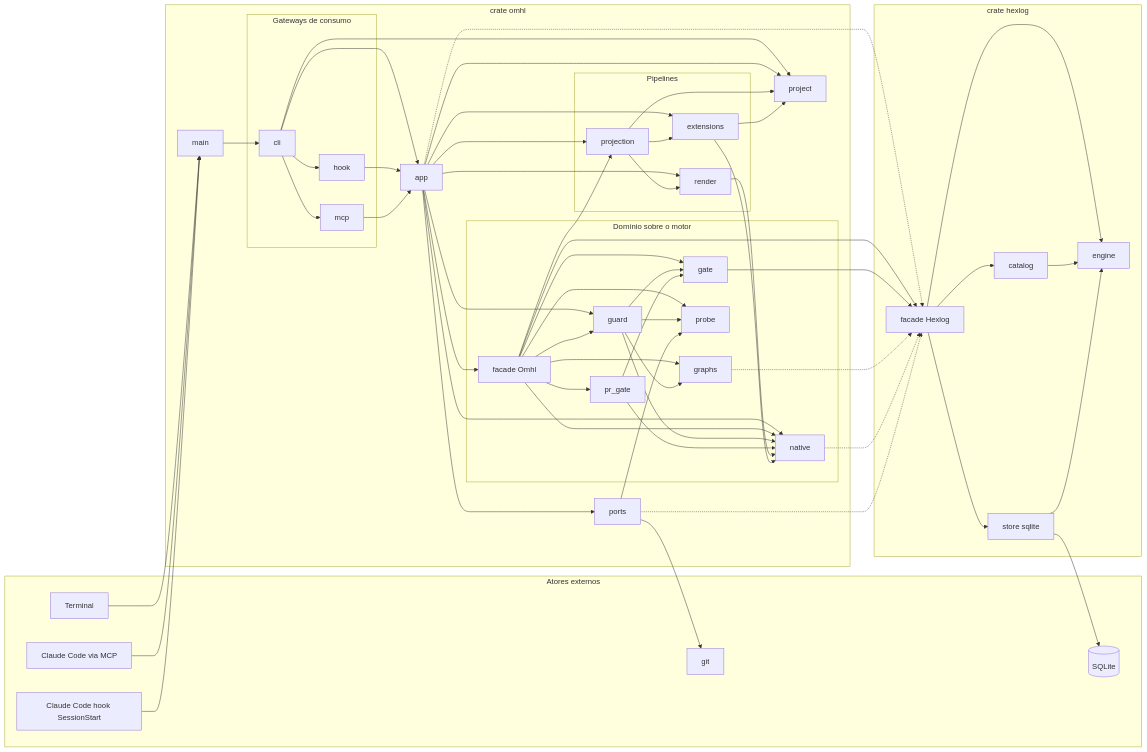
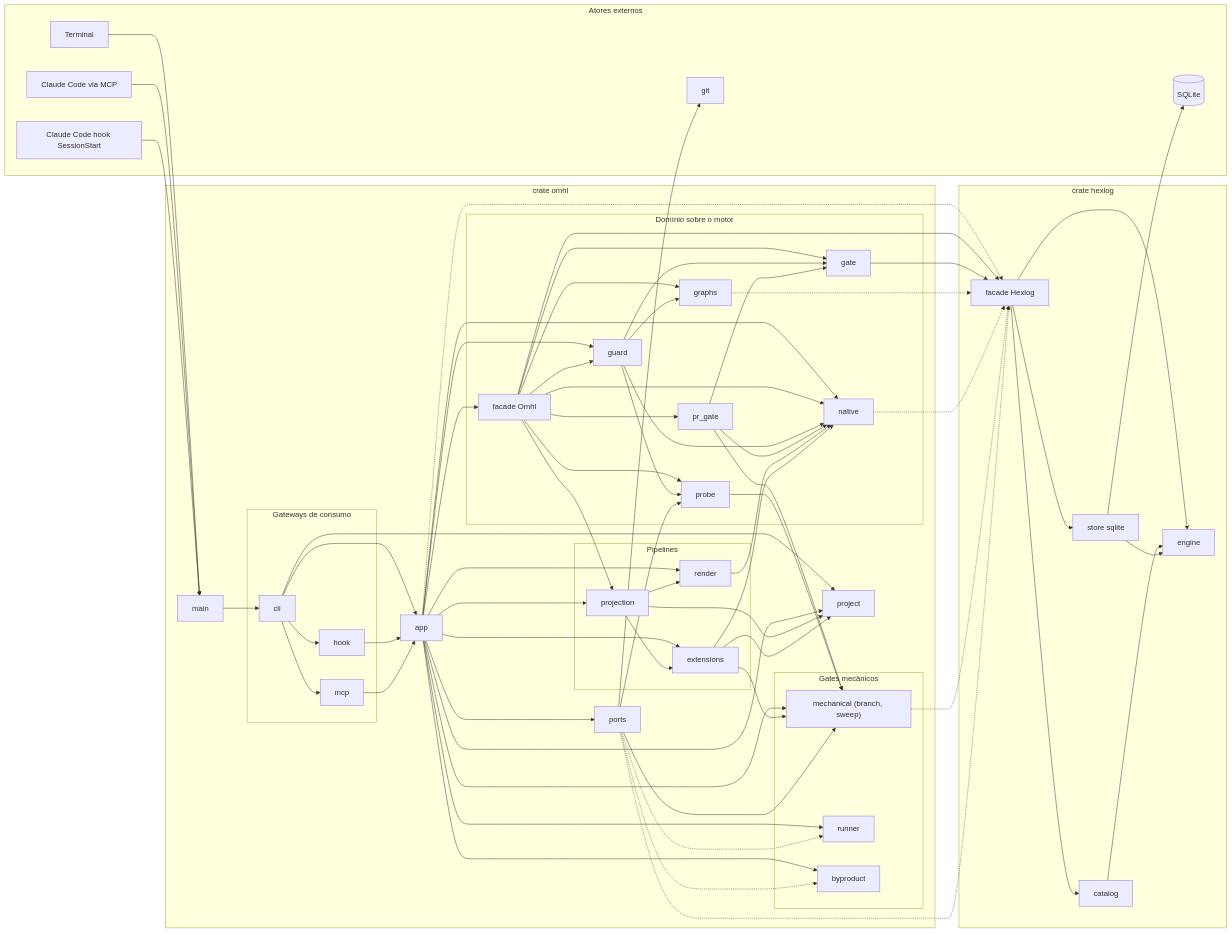
The diagram in docs/architecture.md (gabrielh-silvestre/oh-my-hexflow), drawn with Mermaid before and after one commit. The commit also changed other lines of this file and 3 other files, not shown here.

Commit message:
docs: document the mechanical gates

```diff
--- a/docs/architecture.md
+++ b/docs/architecture.md
@@ -41,6 +41,12 @@
       extensions["extensions"]
       projection["projection"]
       render["render"]
+    end
+
+    subgraph mech["Gates mecânicos"]
+      mechanical["mechanical (branch, sweep)"]
+      runner["runner"]
+      byproduct["byproduct"]
     end
 
     ports["ports"]
@@ -101,6 +107,16 @@
   extensions --> project
 
   ports --> probe
+  app --> mechanical
+  app --> runner
+  app --> byproduct
+  extensions --> mechanical
+  prgate --> mechanical
+  probe --> mechanical
+  ports --> mechanical
+  ports -.-> runner
+  ports -.-> byproduct
+  mechanical -.-> hxfacade
   ports --> git
   ports -.-> hxfacade
 
```
